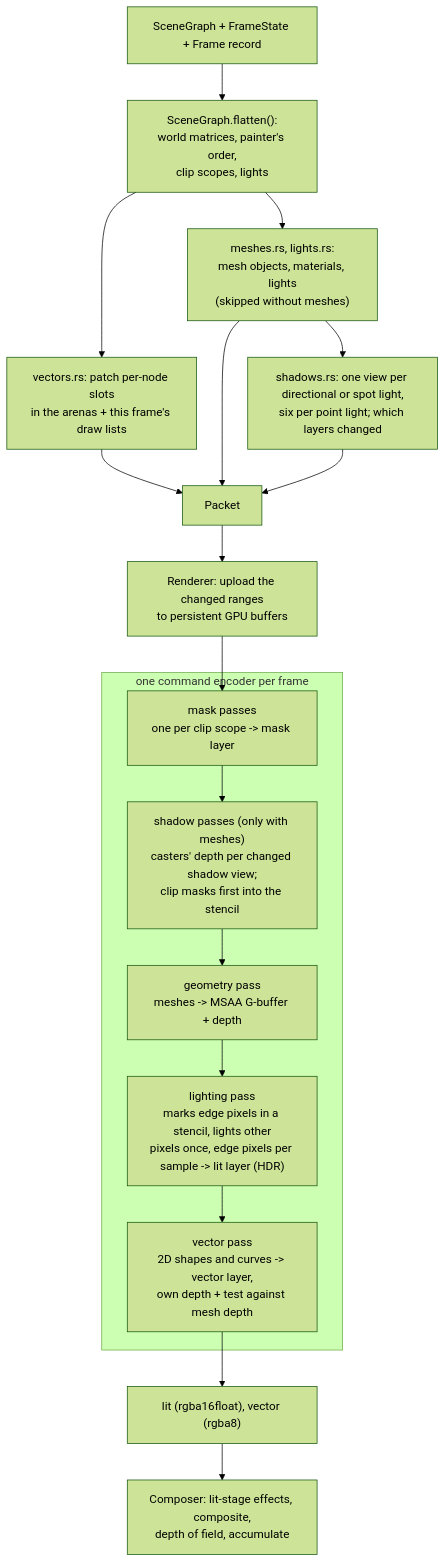
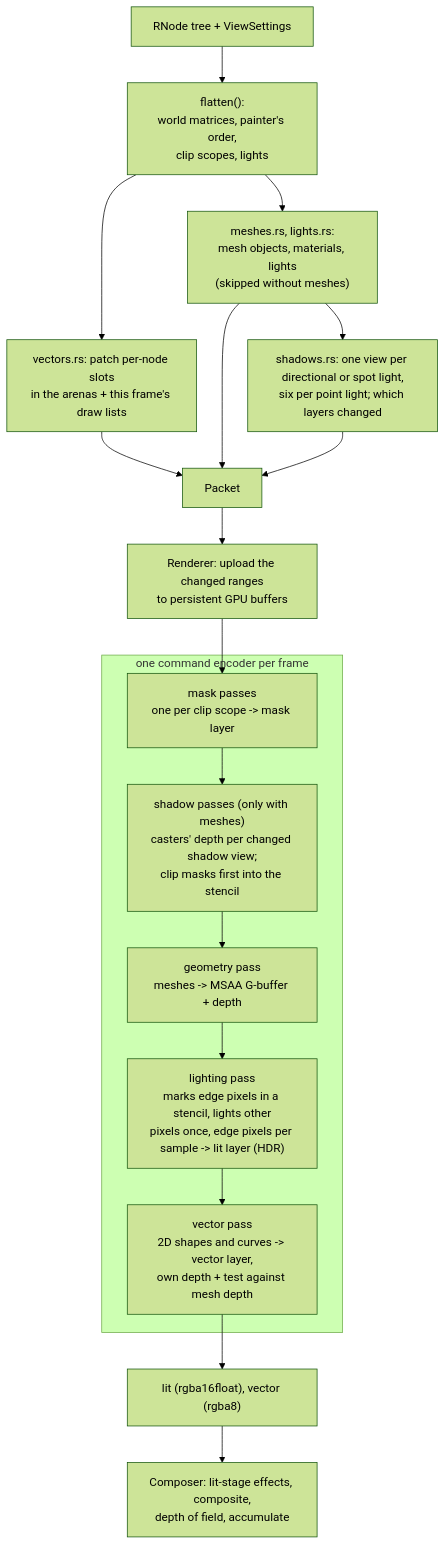
One commit to MrDiver/manim changed the second of 5 diagrams in manimx/manimx/renderer/README.md. Above: the diagram before and after it, drawn with Mermaid (forest theme). The commit also changed other lines of this file and 110 other files, not shown here.

````diff
--- a/manimx/manimx/renderer/README.md
+++ b/manimx/manimx/renderer/README.md
@@ -287,21 +289,21 @@
 ```mermaid
 flowchart TD
-    A["SceneGraph + FrameState + Frame record"] --> B["SceneGraph.flatten():<br/>world matrices, painter's order,<br/>clip scopes, lights"]
+    A["RNode tree + ViewSettings"] --> B["flatten():<br/>world matrices, painter's order,<br/>clip scopes, lights"]
     B --> C["vectors.rs: patch per-node slots<br/>in the arenas + this frame's draw lists"]
     B --> D["meshes.rs, lights.rs:<br/>mesh objects, materials, lights<br/>(skipped without meshes)"]
     D --> E["shadows.rs: one view per directional or spot light,<br/>six per point light; which layers changed"]
     C & D & E --> K["Packet"]
     K --> F["Renderer: upload the changed ranges<br/>to persistent GPU buffers"]
     F --> P1
 
     subgraph GPU["one command encoder per frame"]
         P1["mask passes<br/>one per clip scope -> mask layer"] --> P2
         P2["shadow passes (only with meshes)<br/>casters' depth per changed shadow view;<br/>clip masks first into the stencil"] --> P3
         P3["geometry pass<br/>meshes -> MSAA G-buffer + depth"] --> P4
         P4["lighting pass<br/>marks edge pixels in a stencil, lights other<br/>pixels once, edge pixels per sample -> lit layer (HDR)"] --> P5
         P5["vector pass<br/>2D shapes and curves -> vector layer,<br/>own depth + test against mesh depth"]
     end
 
     P5 --> L["lit (rgba16float), vector (rgba8)"]
     L --> Comp["Composer: lit-stage effects, composite,<br/>depth of field, accumulate"]
 ```
````
